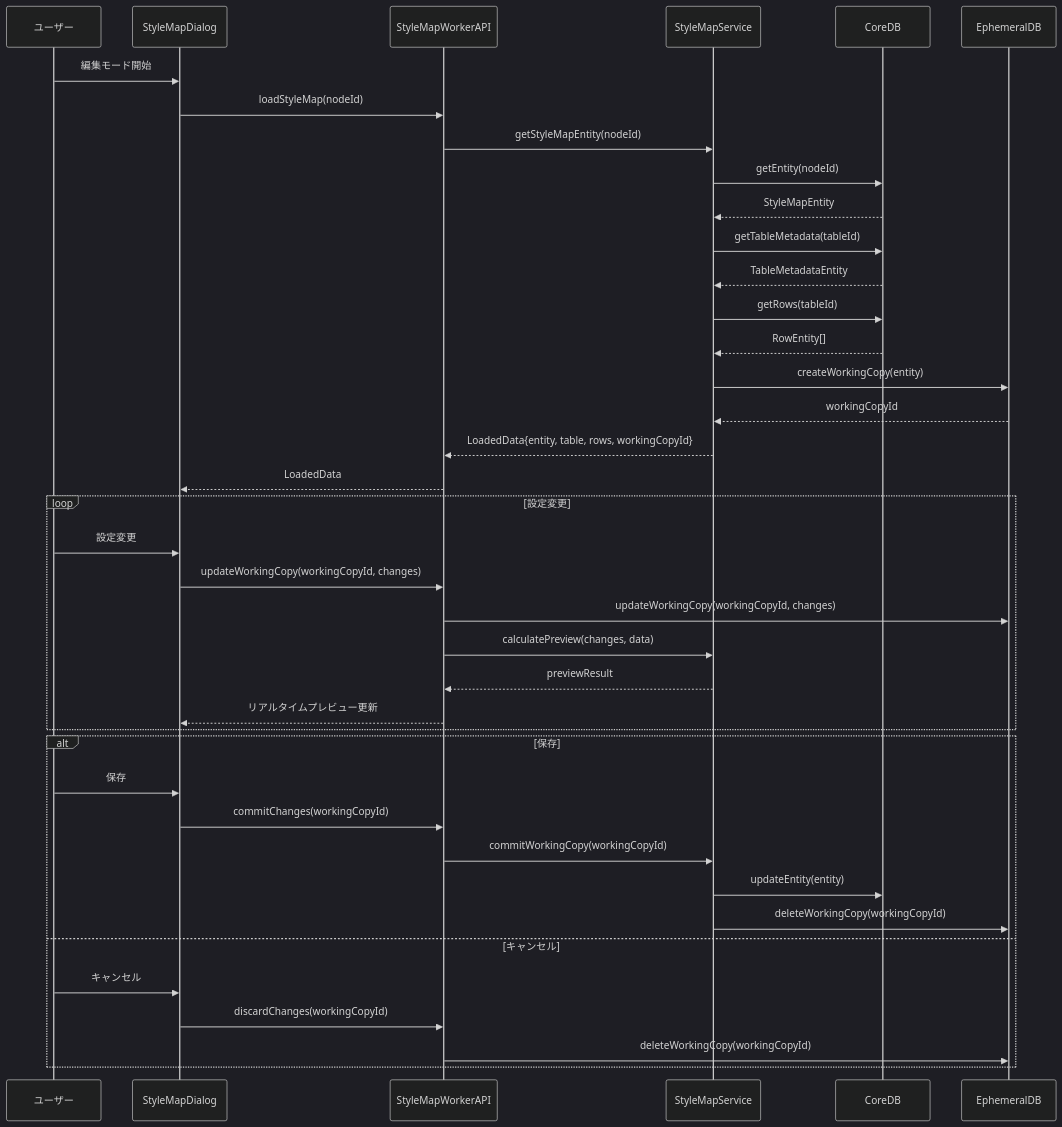
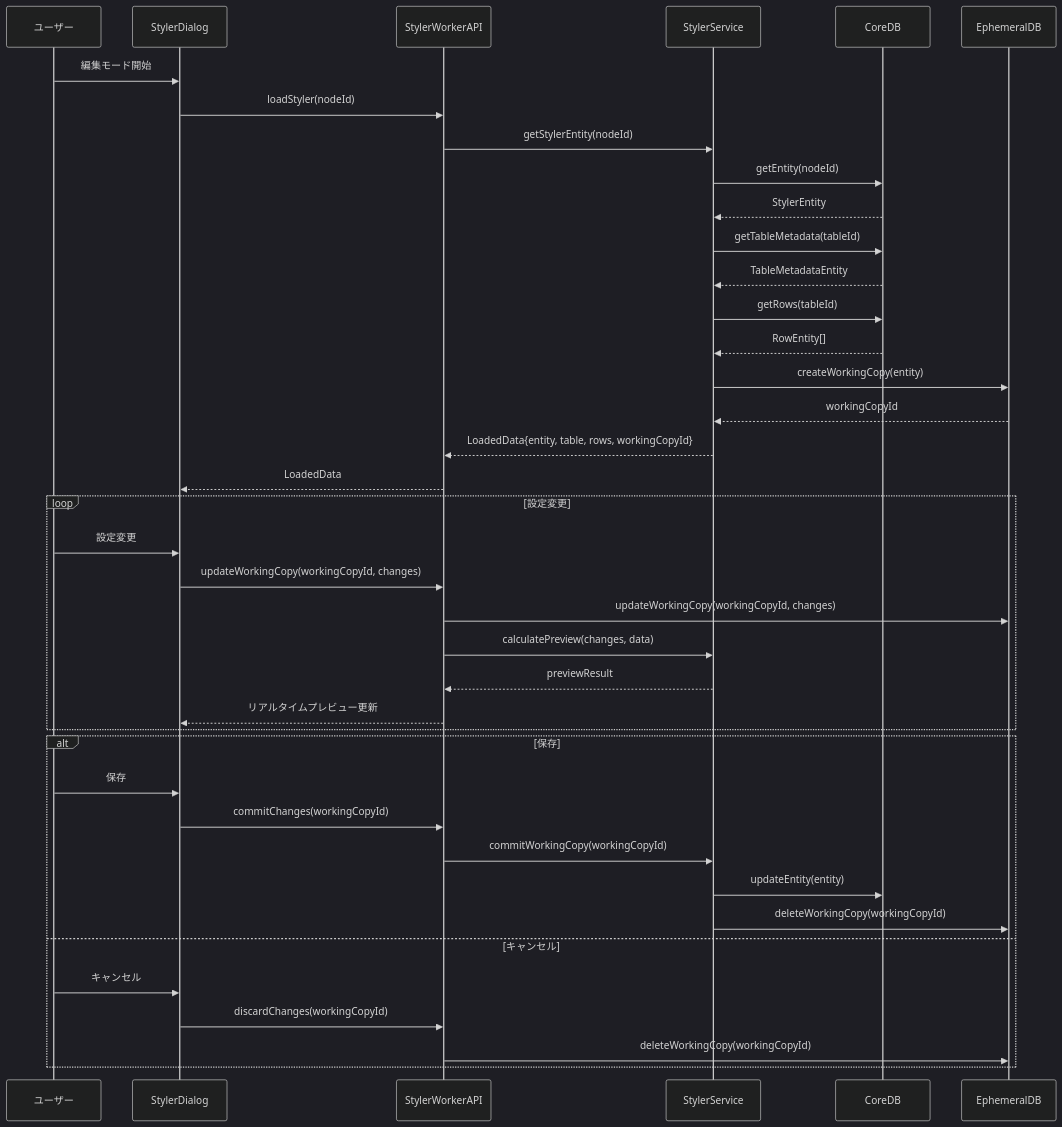
One commit to kubohiroya/hierarchidb changed the third of 10 diagrams in docs/deprecated/REPORT/design/plugin-stylemap/dataflow.md. Above: the diagram before and after it, drawn with Mermaid (dark theme). The commit also changed other lines of this file and 267 other files, not shown here.

````diff
--- a/docs/deprecated/REPORT/design/plugin-stylemap/dataflow.md
+++ b/docs/deprecated/REPORT/design/plugin-stylemap/dataflow.md
@@ -120,49 +120,49 @@
 ```mermaid
 sequenceDiagram
     participant U as ユーザー
-    participant UI as StyleMapDialog
-    participant W as StyleMapWorkerAPI
-    participant S as StyleMapService
+    participant UI as StylerDialog
+    participant W as StylerWorkerAPI
+    participant S as StylerService
     participant CoreDB as CoreDB
     participant EDB as EphemeralDB
 
     %% 既存データ読み込み
     U->>UI: 編集モード開始
-    UI->>W: loadStyleMap(nodeId)
-    W->>S: getStyleMapEntity(nodeId)
+    UI->>W: loadStyler(nodeId)
+    W->>S: getStylerEntity(nodeId)
     S->>CoreDB: getEntity(nodeId)
-    CoreDB-->>S: StyleMapEntity
+    CoreDB-->>S: StylerEntity
     S->>CoreDB: getTableMetadata(tableId)
     CoreDB-->>S: TableMetadataEntity
     S->>CoreDB: getRows(tableId)
     CoreDB-->>S: RowEntity[]
     
     %% 作業コピー作成
     S->>EDB: createWorkingCopy(entity)
     EDB-->>S: workingCopyId
     S-->>W: LoadedData{entity, table, rows, workingCopyId}
     W-->>UI: LoadedData
 
     %% 編集処理
     loop 設定変更
         U->>UI: 設定変更
         UI->>W: updateWorkingCopy(workingCopyId, changes)
         W->>EDB: updateWorkingCopy(workingCopyId, changes)
         W->>S: calculatePreview(changes, data)
         S-->>W: previewResult
         W-->>UI: リアルタイムプレビュー更新
     end
 
     %% コミット/キャンセル
     alt 保存
         U->>UI: 保存
         UI->>W: commitChanges(workingCopyId)
         W->>S: commitWorkingCopy(workingCopyId)
         S->>CoreDB: updateEntity(entity)
         S->>EDB: deleteWorkingCopy(workingCopyId)
     else キャンセル
         U->>UI: キャンセル
         UI->>W: discardChanges(workingCopyId)
         W->>EDB: deleteWorkingCopy(workingCopyId)
     end
 ```
````
